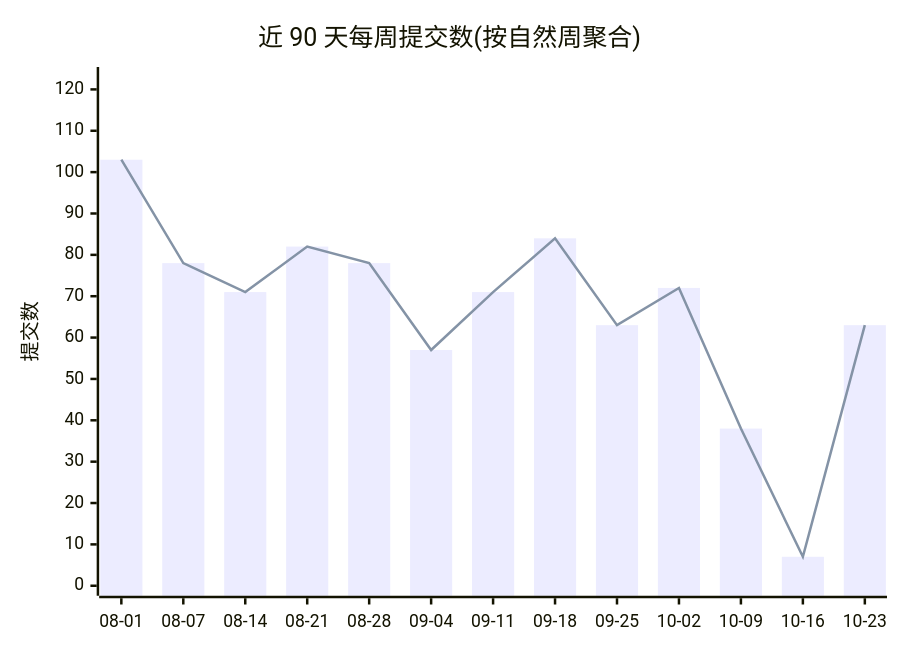
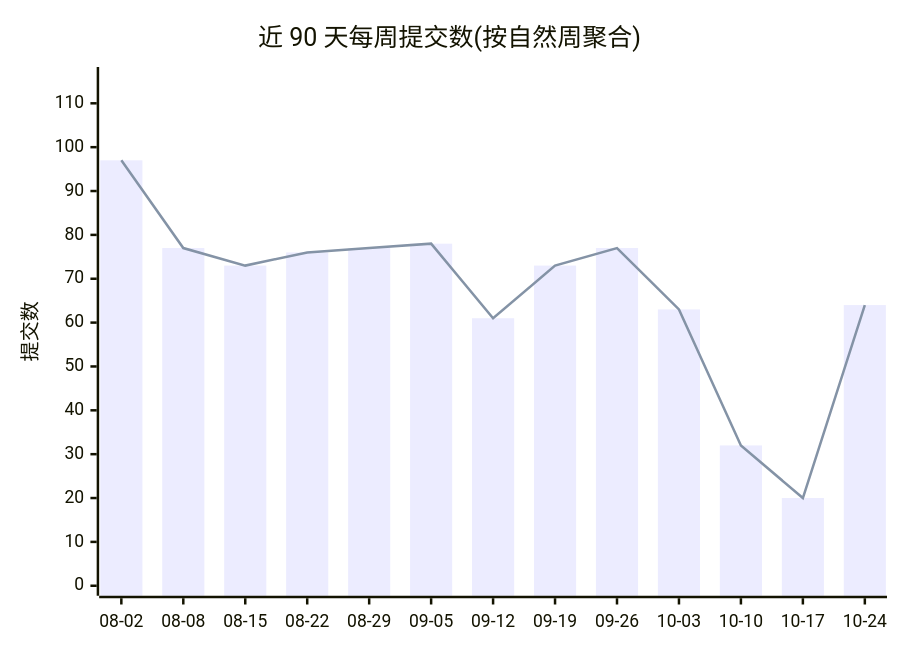
The first of 2 diagrams in profile/README.md (Conflux-Union/.github), drawn with Mermaid before and after one commit. The commit also changed other lines of this file and 1 other file, not shown here.

````diff
--- a/profile/README.md
+++ b/profile/README.md
@@ -44,8 +44,8 @@
 ```mermaid
 xychart-beta
     title "近 90 天每周提交数(按自然周聚合)"
-    x-axis ["08-01", "08-07", "08-14", "08-21", "08-28", "09-04", "09-11", "09-18", "09-25", "10-02", "10-09", "10-16", "10-23"]
-    y-axis "提交数" 0 --> 123
-    bar [103, 78, 71, 82, 78, 57, 71, 84, 63, 72, 38, 7, 63]
-    line [103, 78, 71, 82, 78, 57, 71, 84, 63, 72, 38, 7, 63]
+    x-axis ["08-02", "08-08", "08-15", "08-22", "08-29", "09-05", "09-12", "09-19", "09-26", "10-03", "10-10", "10-17", "10-24"]
+    y-axis "提交数" 0 --> 116
+    bar [97, 77, 73, 76, 77, 78, 61, 73, 77, 63, 32, 20, 64]
+    line [97, 77, 73, 76, 77, 78, 61, 73, 77, 63, 32, 20, 64]
 ```
````
